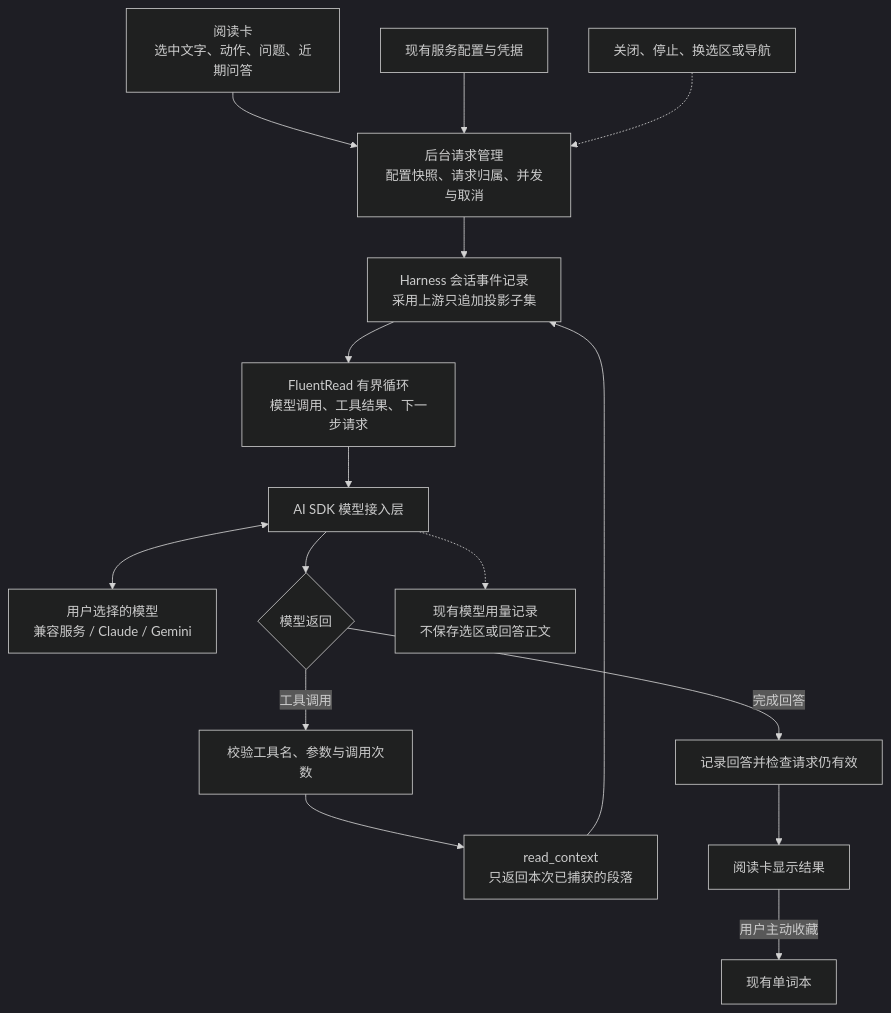
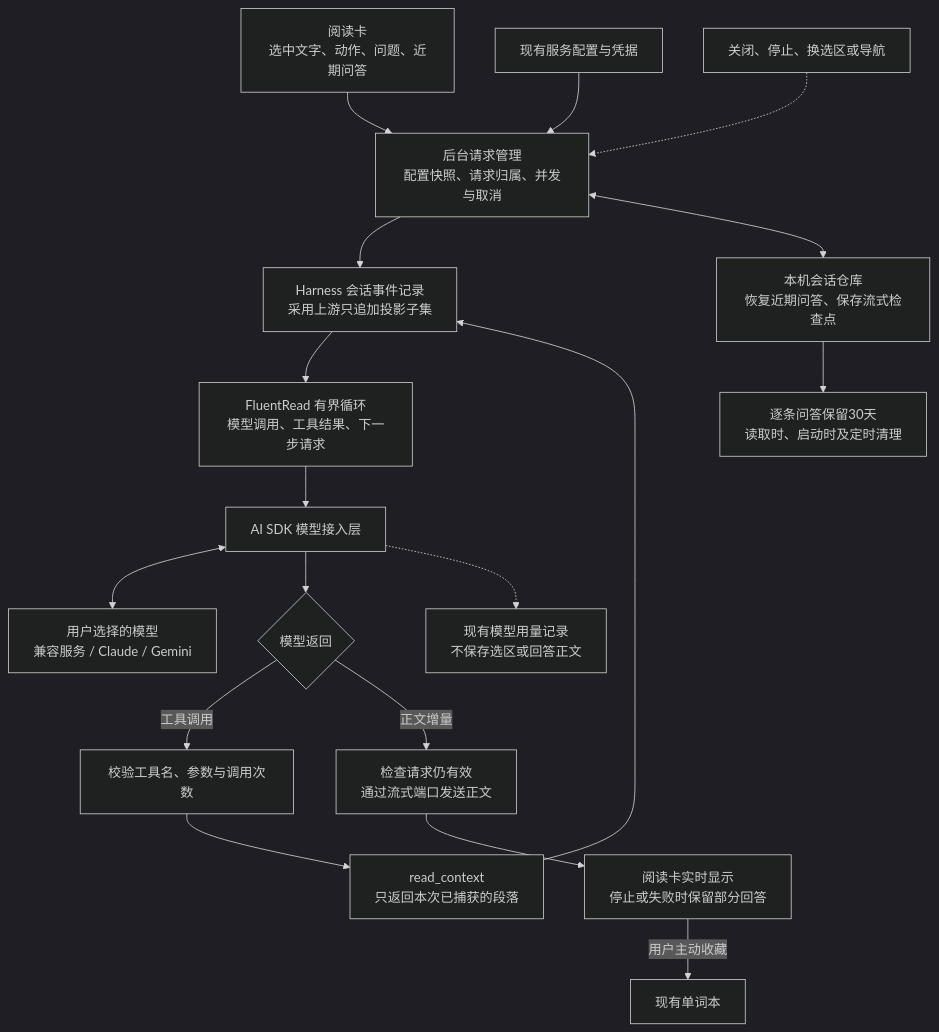
Before and after one commit to ArietidsZ/FluentRead: the third of 4 diagrams in docs/reports/harness-reading-20260905.md, drawn with Mermaid (dark theme). The commit also changed other lines of this file and 37 other files, not shown here.

````diff
--- a/docs/reports/harness-reading-20260905.md
+++ b/docs/reports/harness-reading-20260905.md
@@ -67,18 +76,20 @@
 ```mermaid
 flowchart TD
     A["阅读卡<br/>选中文字、动作、问题、近期问答"] --> B["后台请求管理<br/>配置快照、请求归属、并发与取消"]
     S["现有服务配置与凭据"] --> B
     B --> C["Harness 会话事件记录<br/>采用上游只追加投影子集"]
     C --> D["FluentRead 有界循环<br/>模型调用、工具结果、下一步请求"]
     D --> E["AI SDK 模型接入层"]
     E <--> F["用户选择的模型<br/>兼容服务 / Claude / Gemini"]
     E --> G{"模型返回"}
     G -->|"工具调用"| H["校验工具名、参数与调用次数"]
     H --> I["read_context<br/>只返回本次已捕获的段落"]
     I --> C
-    G -->|"完成回答"| J["记录回答并检查请求仍有效"]
-    J --> K["阅读卡显示结果"]
+    G -->|"正文增量"| J["检查请求仍有效<br/>通过流式端口发送正文"]
+    J --> K["阅读卡实时显示<br/>停止或失败时保留部分回答"]
+    B <--> P["本机会话仓库<br/>恢复近期问答、保存流式检查点"]
+    P --> Q["逐条问答保留30天<br/>读取时、启动时及定时清理"]
     E -.-> U["现有模型用量记录<br/>不保存选区或回答正文"]
     K -->|"用户主动收藏"| V["现有单词本"]
     X["关闭、停止、换选区或导航"] -.-> B
 ```
````
